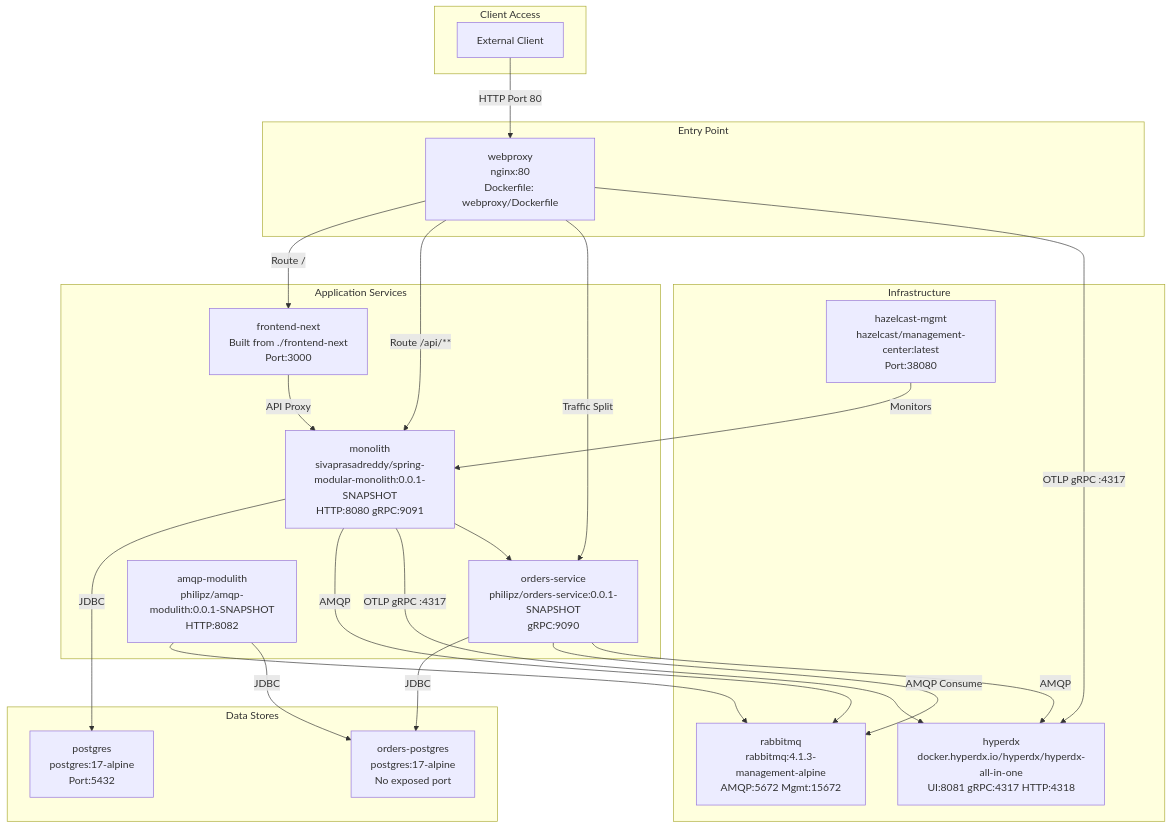
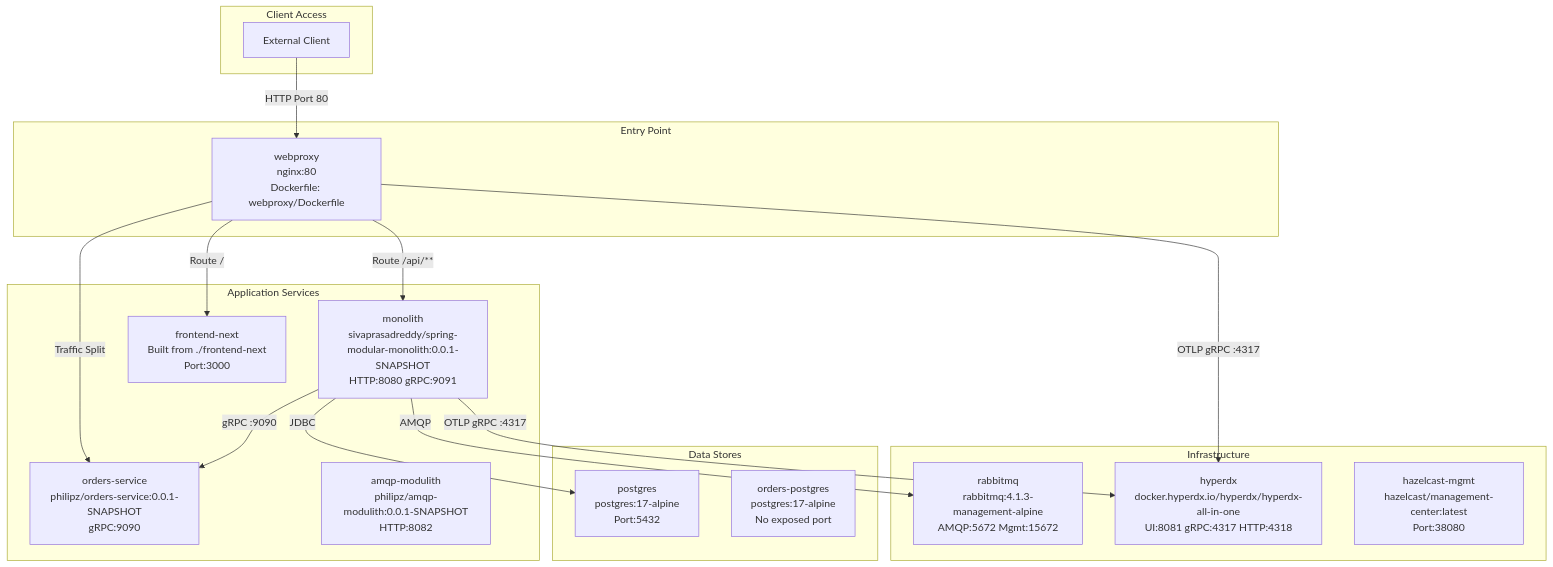
The first of 5 diagrams in docs/deepwiki/Docker-Compose-Deployment.md (philipz/spring-modular-monolith), drawn with Mermaid before and after one commit. The commit also changed other lines of this file and 32 other files, not shown here.

````diff
--- a/docs/deepwiki/Docker-Compose-Deployment.md
+++ b/docs/deepwiki/Docker-Compose-Deployment.md
@@ -23,58 +23,51 @@
 ```mermaid
 flowchart TD
 
 Client["External Client"]
 webproxy["webproxy<br>nginx:80<br>Dockerfile: webproxy/Dockerfile"]
 monolith["monolith<br>sivaprasadreddy/spring-modular-monolith:0.0.1-SNAPSHOT<br>HTTP:8080 gRPC:9091"]
 orders_service["orders-service<br>philipz/orders-service:0.0.1-SNAPSHOT<br>gRPC:9090"]
 amqp_modulith["amqp-modulith<br>philipz/amqp-modulith:0.0.1-SNAPSHOT<br>HTTP:8082"]
 frontend_next["frontend-next<br>Built from ./frontend-next<br>Port:3000"]
 postgres["postgres<br>postgres:17-alpine<br>Port:5432"]
 orders_postgres["orders-postgres<br>postgres:17-alpine<br>No exposed port"]
 rabbitmq["rabbitmq<br>rabbitmq:4.1.3-management-alpine<br>AMQP:5672 Mgmt:15672"]
 hyperdx["hyperdx<br>docker.hyperdx.io/hyperdx/hyperdx-all-in-one<br>UI:8081 gRPC:4317 HTTP:4318"]
 hazelcast_mgmt["hazelcast-mgmt<br>hazelcast/management-center:latest<br>Port:38080"]
 
 Client -->|"HTTP Port 80"| webproxy
 webproxy -->|"Route /"| frontend_next
 webproxy -->|"Route /api/**"| monolith
 webproxy -->|"Traffic Split"| orders_service
 monolith -->|"JDBC"| postgres
 monolith -->|"AMQP"| rabbitmq
 monolith -->|"OTLP gRPC :4317"| hyperdx
-orders_service -->|"JDBC"| orders_postgres
-orders_service -->|"AMQP Consume"| rabbitmq
-orders_service -->|"AMQP"| hyperdx
-amqp_modulith --> rabbitmq
-amqp_modulith -->|"JDBC"| orders_postgres
-hazelcast_mgmt -->|"Monitors"| monolith
 webproxy -->|"OTLP gRPC :4317"| hyperdx
 
 subgraph Infrastructure ["Infrastructure"]
     rabbitmq
     hyperdx
     hazelcast_mgmt
 end
 
 subgraph subGraph3 ["Data Stores"]
     postgres
     orders_postgres
 end
 
 subgraph subGraph2 ["Application Services"]
     monolith
     orders_service
     amqp_modulith
     frontend_next
-    monolith --> orders_service
-    frontend_next -->|"API Proxy"| monolith
+    monolith -->|"gRPC :9090"| orders_service
 end
 
 subgraph subGraph1 ["Entry Point"]
     webproxy
 end
 
 subgraph subGraph0 ["Client Access"]
     Client
 end
 ```
````
